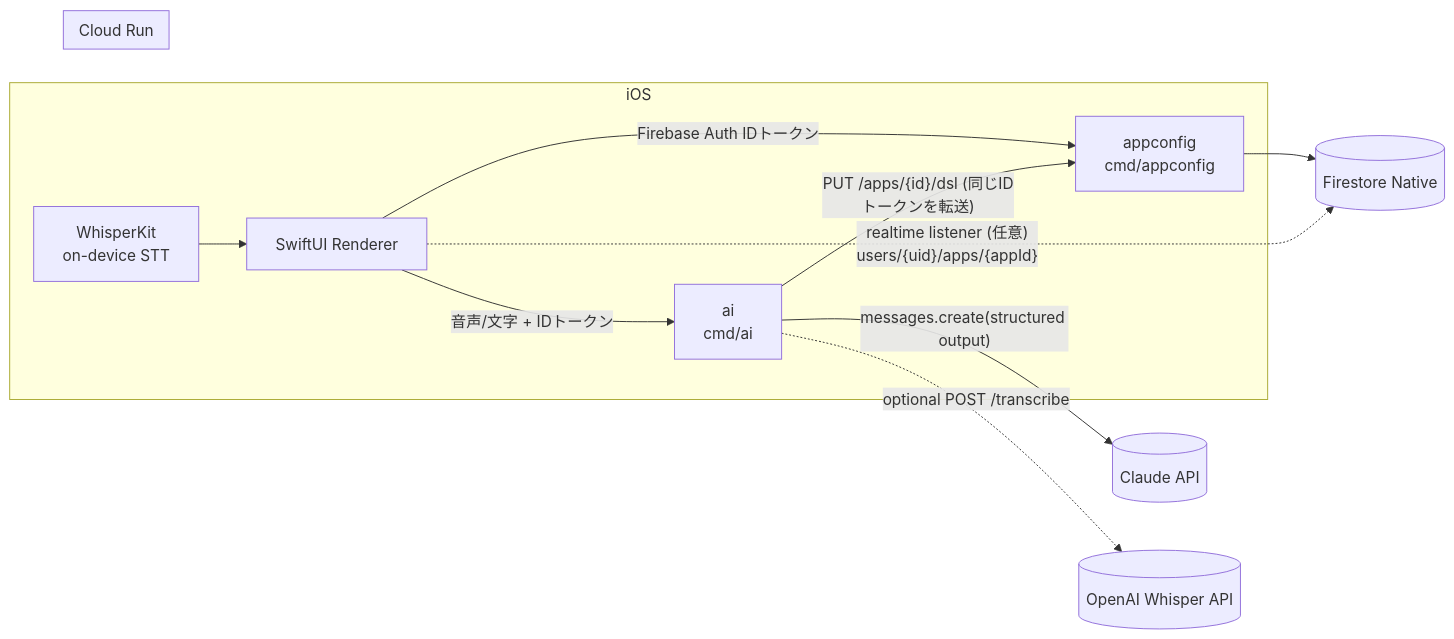
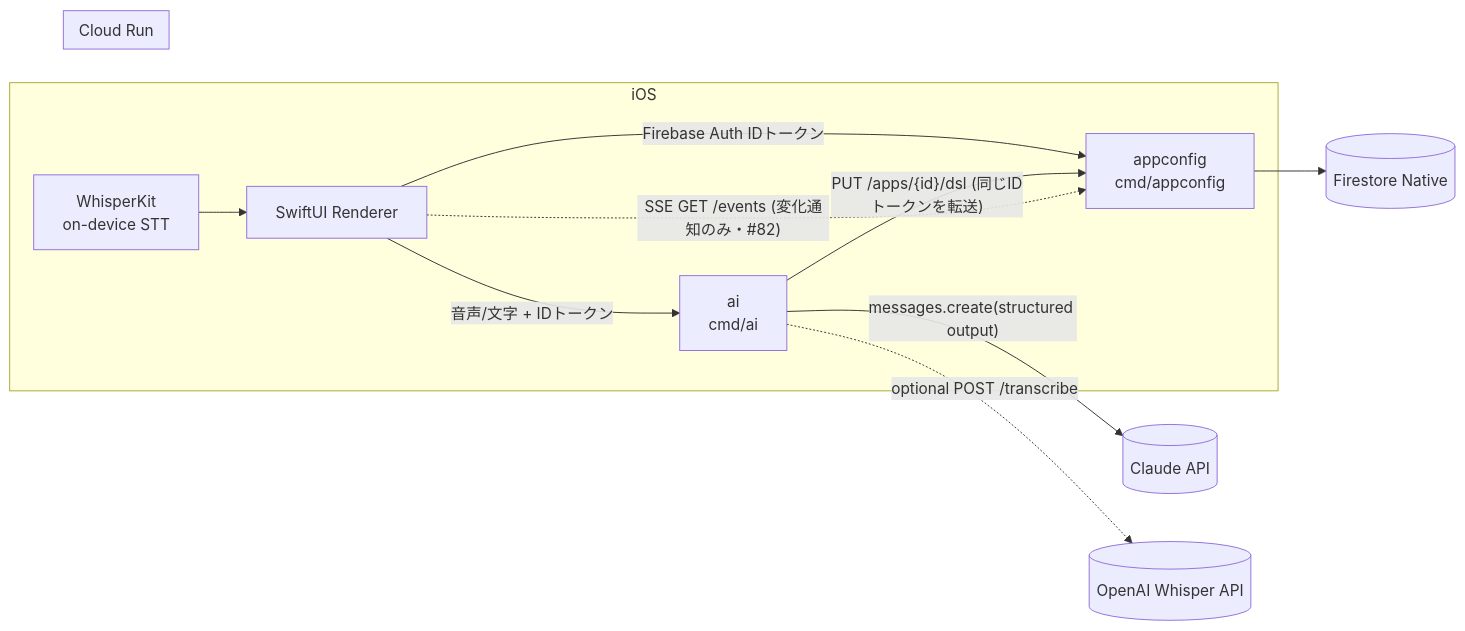
One commit to jphacks/kz_2601 changed the first of 4 diagrams in docs/backend/architecture.md. Above: the diagram before and after it, drawn with Mermaid. The commit also changed other lines of this file and 3 other files, not shown here.

````diff
--- a/docs/backend/architecture.md
+++ b/docs/backend/architecture.md
@@ -7,17 +7,17 @@
 ```mermaid
 flowchart LR
   subgraph iOS
     A[SwiftUI Renderer] -- Firebase Auth IDトークン --> B
     A -- 音声/文字 + IDトークン --> C
     W[WhisperKit<br/>on-device STT] --> A
   end
   subgraph "Cloud Run"
     B[appconfig<br/>cmd/appconfig]
     C[ai<br/>cmd/ai]
   end
   C -- "PUT /apps/{id}/dsl (同じIDトークンを転送)" --> B
   C -- "messages.create(structured output)" --> K[(Claude API)]
   C -. "optional POST /transcribe" .-> O[(OpenAI Whisper API)]
   B --> F[(Firestore Native)]
-  A -. "realtime listener (任意)<br/>users/{uid}/apps/{appId}" .-> F
+  A -. "SSE GET /events (変化通知のみ・#82)" .-> B
 ```
````
